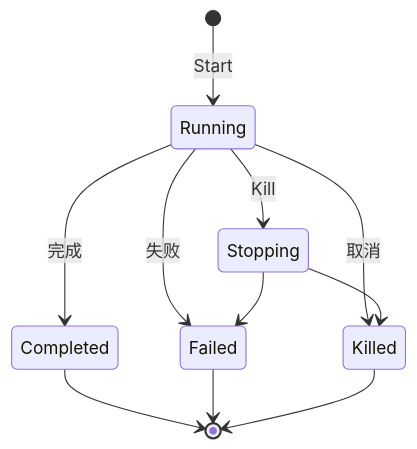
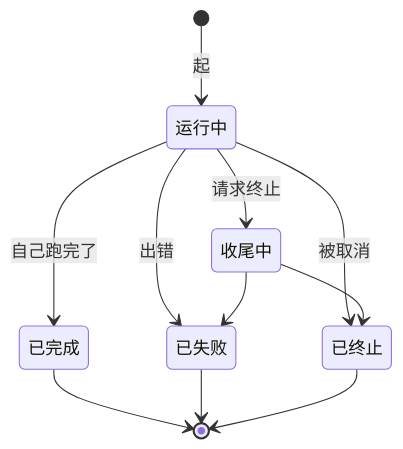
The seventh of 35 diagrams in docs/modules/workflow.md (snight1983/ds-harness-go), drawn with Mermaid before and after one commit. The commit also changed other lines of this file and 43 other files, not shown here.

Commit message:
docs: 图解架构与模块设计

````diff
--- a/docs/modules/workflow.md
+++ b/docs/modules/workflow.md
@@ -43,13 +82,13 @@
 ```mermaid
 stateDiagram-v2
-    [*] --> Running: Start
-    Running --> Stopping: Kill
-    Running --> Completed: 完成
-    Running --> Failed: 失败
-    Running --> Killed: 取消
-    Stopping --> Killed
-    Stopping --> Failed
-    Completed --> [*]
-    Failed --> [*]
-    Killed --> [*]
+    [*] --> 运行中: 起
+    运行中 --> 收尾中: 请求终止
+    运行中 --> 已完成: 自己跑完了
+    运行中 --> 已失败: 出错
+    运行中 --> 已终止: 被取消
+    收尾中 --> 已终止
+    收尾中 --> 已失败
+    已完成 --> [*]
+    已失败 --> [*]
+    已终止 --> [*]
 ```
````
